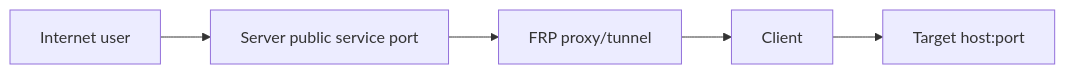
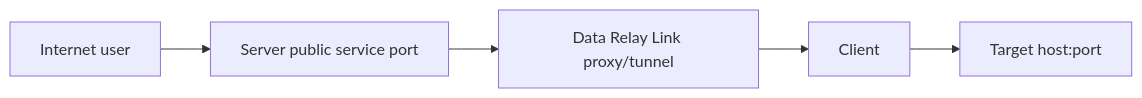
One commit to datarelay-labs/data-relay-link-docs changed the second of 3 diagrams in ko/operations/troubleshooting.mdx. Above: the diagram before and after it, drawn with Mermaid. The commit also changed other lines of this file and 32 other files, not shown here.

````diff
--- a/ko/operations/troubleshooting.mdx
+++ b/ko/operations/troubleshooting.mdx
@@ -69,7 +69,7 @@
 ```mermaid
 flowchart LR
     U[Internet user] --> P[Server public service port]
-    P --> F[FRP proxy/tunnel]
+    P --> F[Data Relay Link proxy/tunnel]
     F --> C[Client]
     C --> T[Target host:port]
 ```
````
